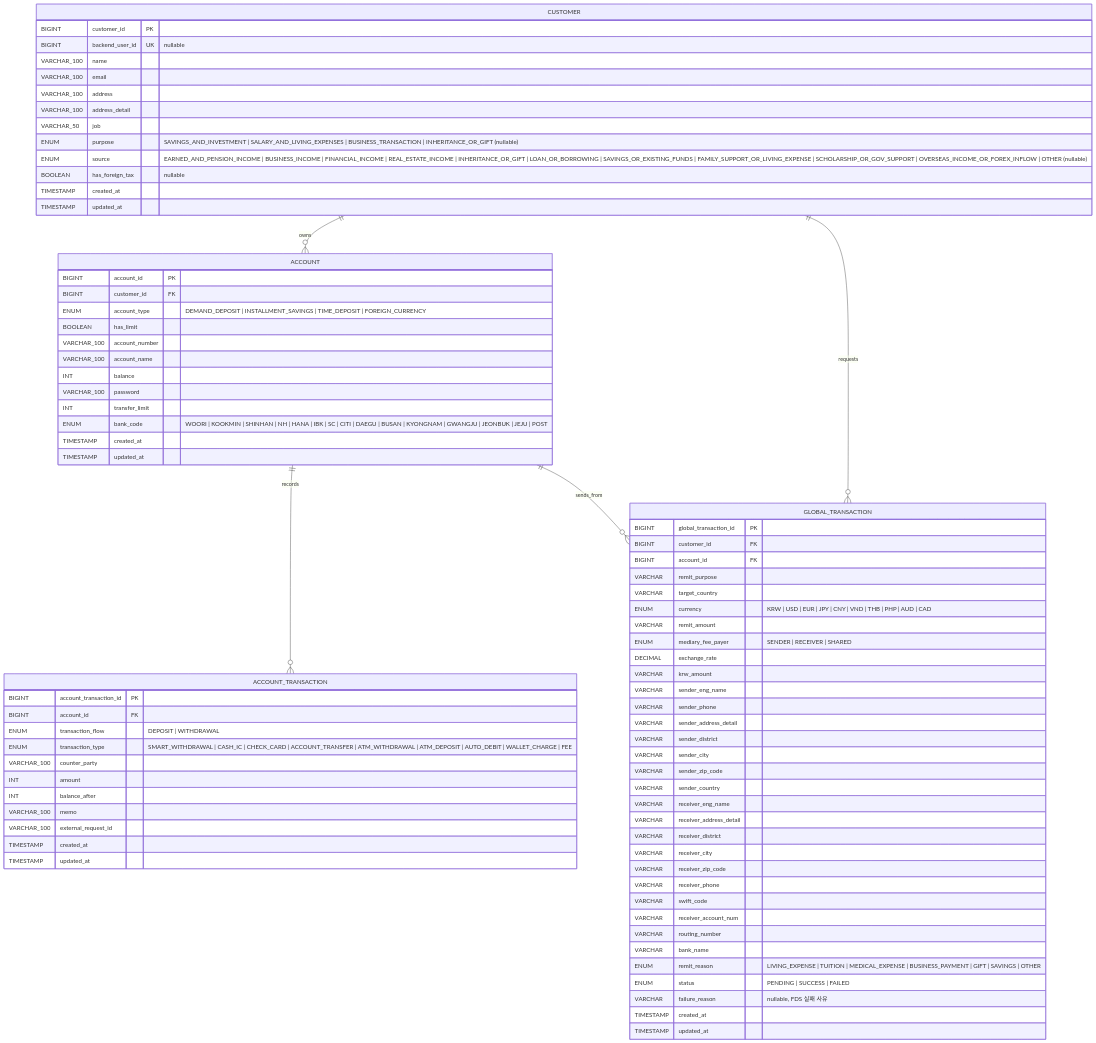
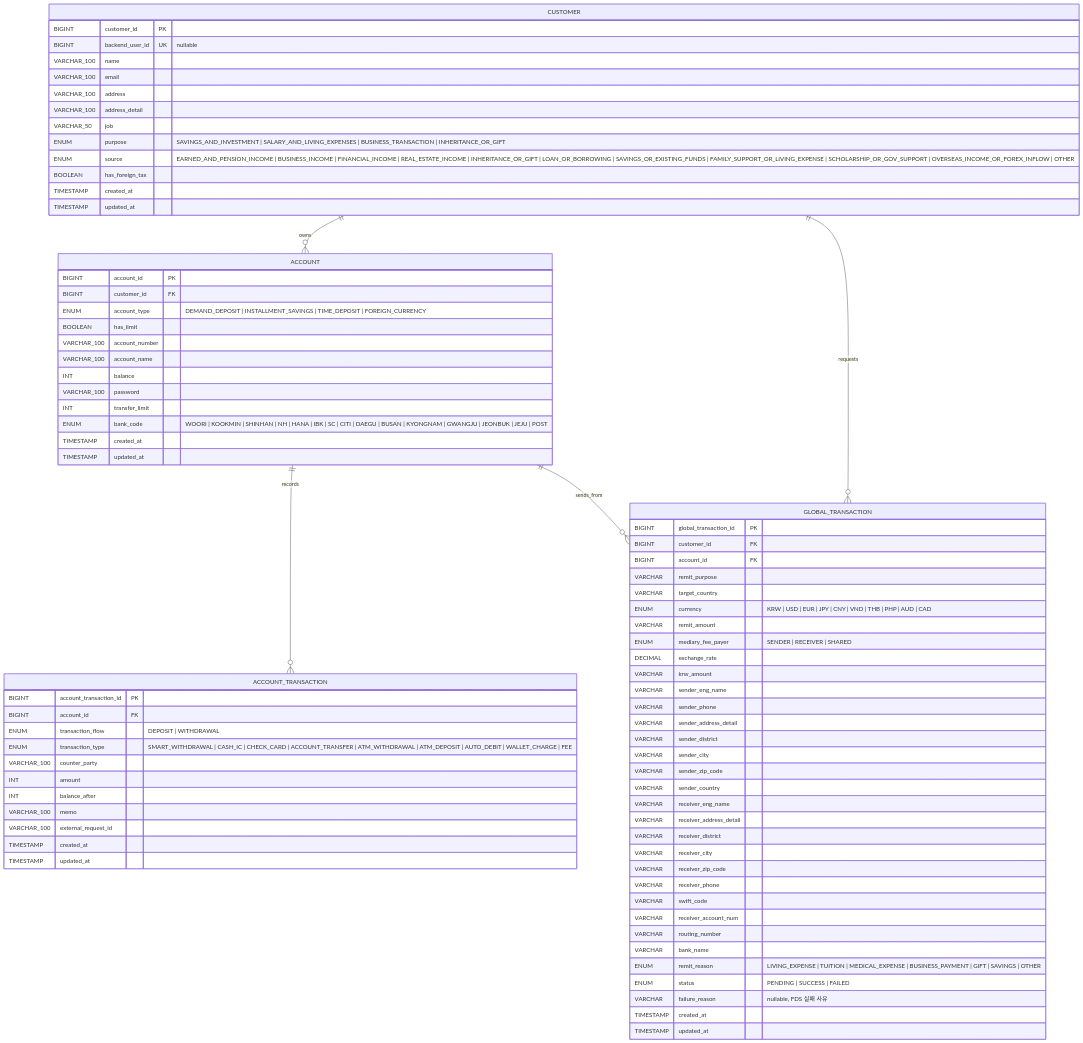
Before and after one commit to jaepar/NOVA: the diagram in coreBanking/docs/erd.md, drawn with Mermaid. The commit also changed 8 other files, not shown here.

```diff
--- a/coreBanking/docs/erd.md
+++ b/coreBanking/docs/erd.md
@@ -14,9 +14,9 @@
     VARCHAR_100 address
     VARCHAR_100 address_detail
     VARCHAR_50 job
-    ENUM purpose "SAVINGS_AND_INVESTMENT | SALARY_AND_LIVING_EXPENSES | BUSINESS_TRANSACTION | INHERITANCE_OR_GIFT (nullable)"
-    ENUM source "EARNED_AND_PENSION_INCOME | BUSINESS_INCOME | FINANCIAL_INCOME | REAL_ESTATE_INCOME | INHERITANCE_OR_GIFT | LOAN_OR_BORROWING | SAVINGS_OR_EXISTING_FUNDS | FAMILY_SUPPORT_OR_LIVING_EXPENSE | SCHOLARSHIP_OR_GOV_SUPPORT | OVERSEAS_INCOME_OR_FOREX_INFLOW | OTHER (nullable)"
-    BOOLEAN has_foreign_tax "nullable"
+    ENUM purpose "SAVINGS_AND_INVESTMENT | SALARY_AND_LIVING_EXPENSES | BUSINESS_TRANSACTION | INHERITANCE_OR_GIFT"
+    ENUM source "EARNED_AND_PENSION_INCOME | BUSINESS_INCOME | FINANCIAL_INCOME | REAL_ESTATE_INCOME | INHERITANCE_OR_GIFT | LOAN_OR_BORROWING | SAVINGS_OR_EXISTING_FUNDS | FAMILY_SUPPORT_OR_LIVING_EXPENSE | SCHOLARSHIP_OR_GOV_SUPPORT | OVERSEAS_INCOME_OR_FOREX_INFLOW | OTHER"
+    BOOLEAN has_foreign_tax
     TIMESTAMP created_at
     TIMESTAMP updated_at
   }
```
